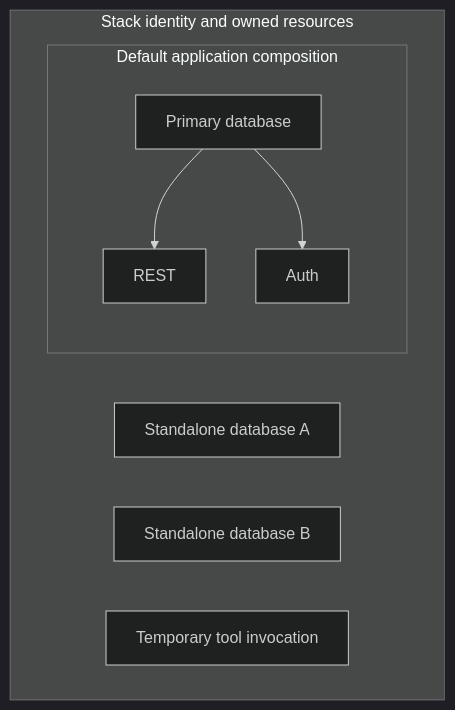
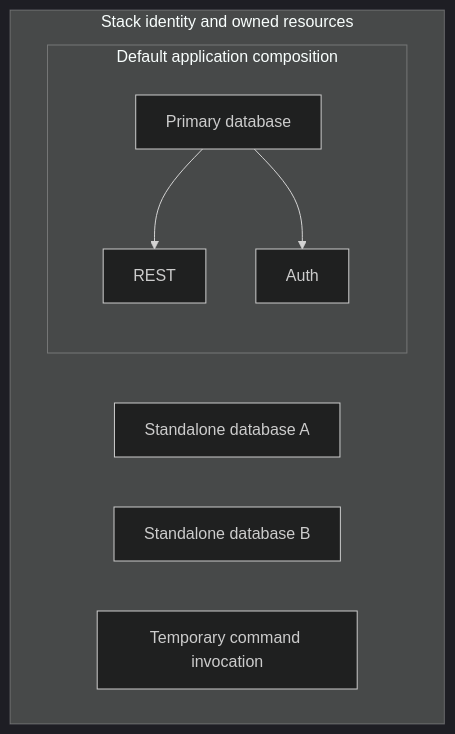
The fourth of 12 diagrams in packages/stack/ARCHITECTURE.md (supabase/cli), drawn with Mermaid (dark theme) before and after one commit. The commit also changed other lines of this file and 62 other files, not shown here.

````diff
--- a/packages/stack/ARCHITECTURE.md
+++ b/packages/stack/ARCHITECTURE.md
@@ -133,12 +133,12 @@
 ```mermaid
 flowchart TB
     subgraph Namespace["Stack identity and owned resources"]
         subgraph Application["Default application composition"]
             DB["Primary database"] --> REST["REST"]
             DB --> Auth["Auth"]
         end
         ShadowA["Standalone database A"]
         ShadowB["Standalone database B"]
-        Tool["Temporary tool invocation"]
+        Command["Temporary command invocation"]
     end
 ```
````
